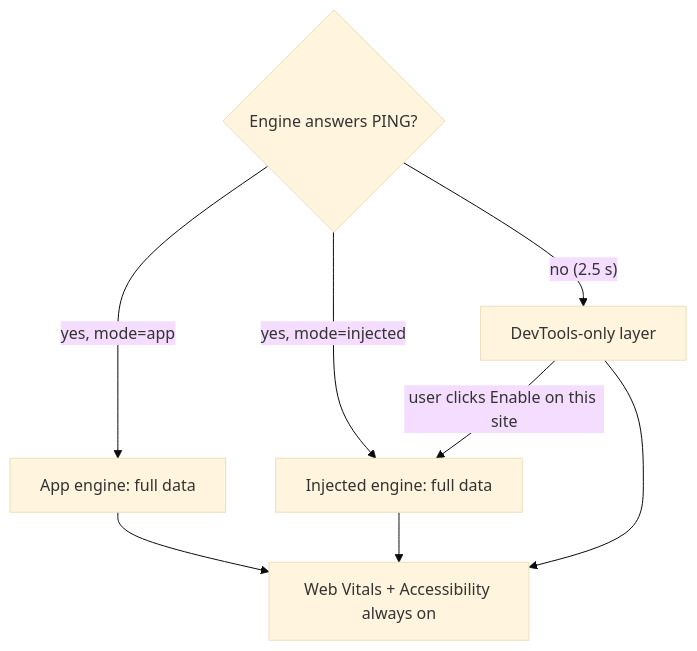
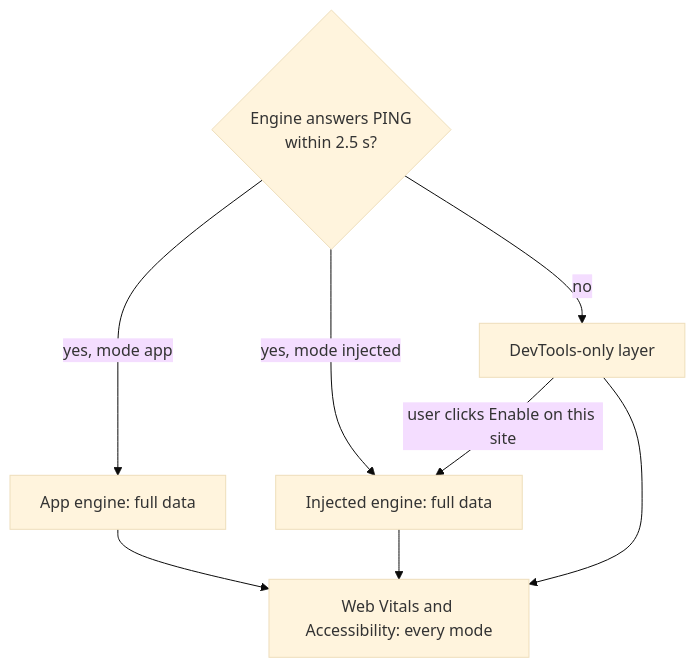
One commit to ezhillragesh/performance-engine changed the fourth of 4 diagrams in docs/ARCHITECTURE.md. Above: the diagram before and after it, drawn with Mermaid (base theme). The commit also changed other lines of this file and 14 other files, not shown here.

First line of the commit message:
docs: add root README, architecture document and decision records

````diff
--- a/docs/ARCHITECTURE.md
+++ b/docs/ARCHITECTURE.md
@@ -58,8 +583,10 @@
 ```mermaid
 flowchart TD
-  P{Engine answers PING?} -- "yes, mode=app" --> A[App engine: full data]
-  P -- "yes, mode=injected" --> I[Injected engine: full data]
-  P -- "no (2.5 s)" --> D[DevTools-only layer]
+  P{"Engine answers PING<br/>within 2.5 s?"} -- "yes, mode app" --> A["App engine: full data"]
+  P -- "yes, mode injected" --> I["Injected engine: full data"]
+  P -- "no" --> D["DevTools-only layer"]
   D -- "user clicks Enable on this site" --> I
-  A & I & D --> V[Web Vitals + Accessibility always on]
+  A --> V["Web Vitals and Accessibility: every mode"]
+  I --> V
+  D --> V
 ```
````
